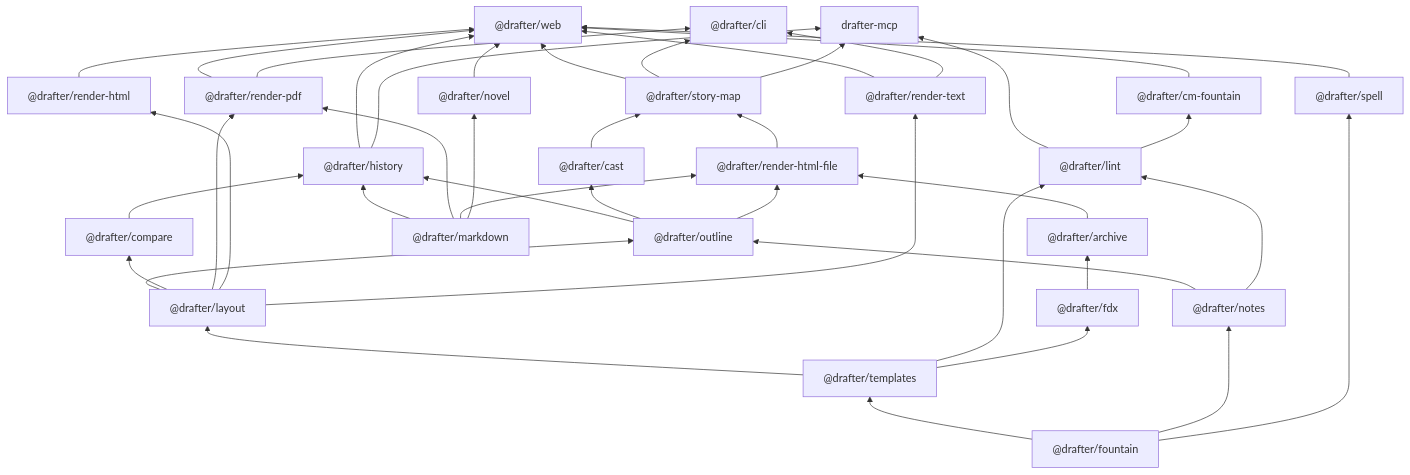
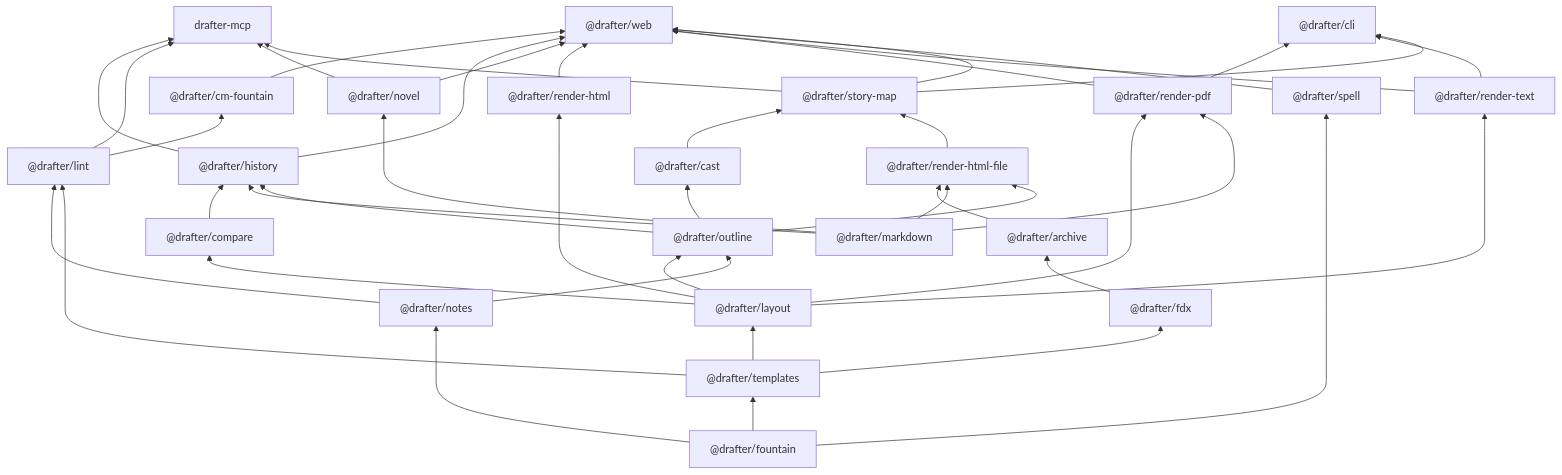
The first of 5 diagrams in docs/technical-details.md (cschweda/drafter), drawn with Mermaid before and after one commit. The commit also changed other lines of this file and 23 other files, not shown here.

Commit message:
feat: a novel's problems, its traps, and Drafter for Claude's view of it

````diff
--- a/docs/technical-details.md
+++ b/docs/technical-details.md
@@ -38,66 +38,67 @@
 ```mermaid
 flowchart BT
   web["@drafter/web"]
   cli["@drafter/cli"]
   drafter_mcp["drafter-mcp"]
   cm_fountain["@drafter/cm-fountain"]
   outline["@drafter/outline"]
   compare["@drafter/compare"]
   history["@drafter/history"]
   cast["@drafter/cast"]
   story_map["@drafter/story-map"]
   render_pdf["@drafter/render-pdf"]
   render_html["@drafter/render-html"]
   render_html_file["@drafter/render-html-file"]
   render_text["@drafter/render-text"]
   layout["@drafter/layout"]
   lint["@drafter/lint"]
   fdx["@drafter/fdx"]
   archive["@drafter/archive"]
   templates["@drafter/templates"]
   notes["@drafter/notes"]
   spell["@drafter/spell"]
   markdown["@drafter/markdown"]
   novel["@drafter/novel"]
   fountain["@drafter/fountain"]
   cm_fountain --> web
   history --> web
   novel --> web
   render_html --> web
   render_pdf --> web
   render_text --> web
   spell --> web
   story_map --> web
   render_pdf --> cli
   render_text --> cli
   story_map --> cli
   history --> drafter_mcp
   lint --> drafter_mcp
+  novel --> drafter_mcp
   story_map --> drafter_mcp
   lint --> cm_fountain
   layout --> outline
   notes --> outline
   layout --> compare
   compare --> history
   markdown --> history
   outline --> history
   outline --> cast
   cast --> story_map
   render_html_file --> story_map
   layout --> render_pdf
   markdown --> render_pdf
   layout --> render_html
   archive --> render_html_file
   markdown --> render_html_file
   outline --> render_html_file
   layout --> render_text
   templates --> layout
   notes --> lint
   templates --> lint
   templates --> fdx
   fdx --> archive
   fountain --> templates
   fountain --> notes
   fountain --> spell
   markdown --> novel
 ```
````
